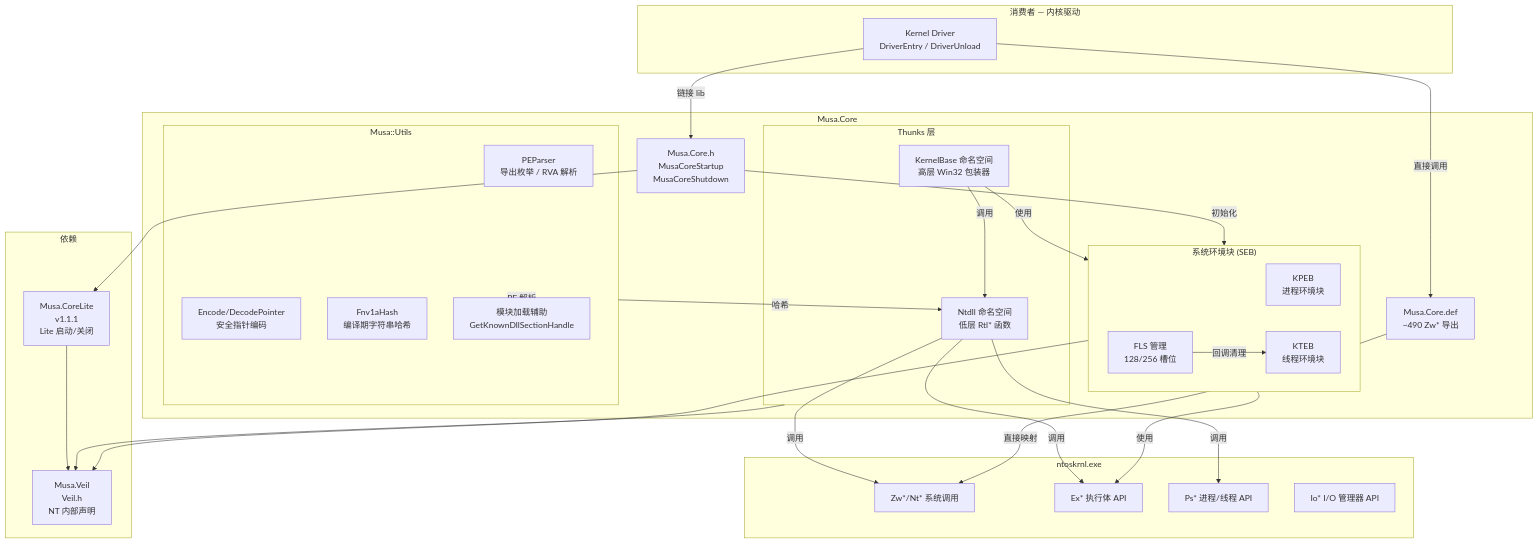
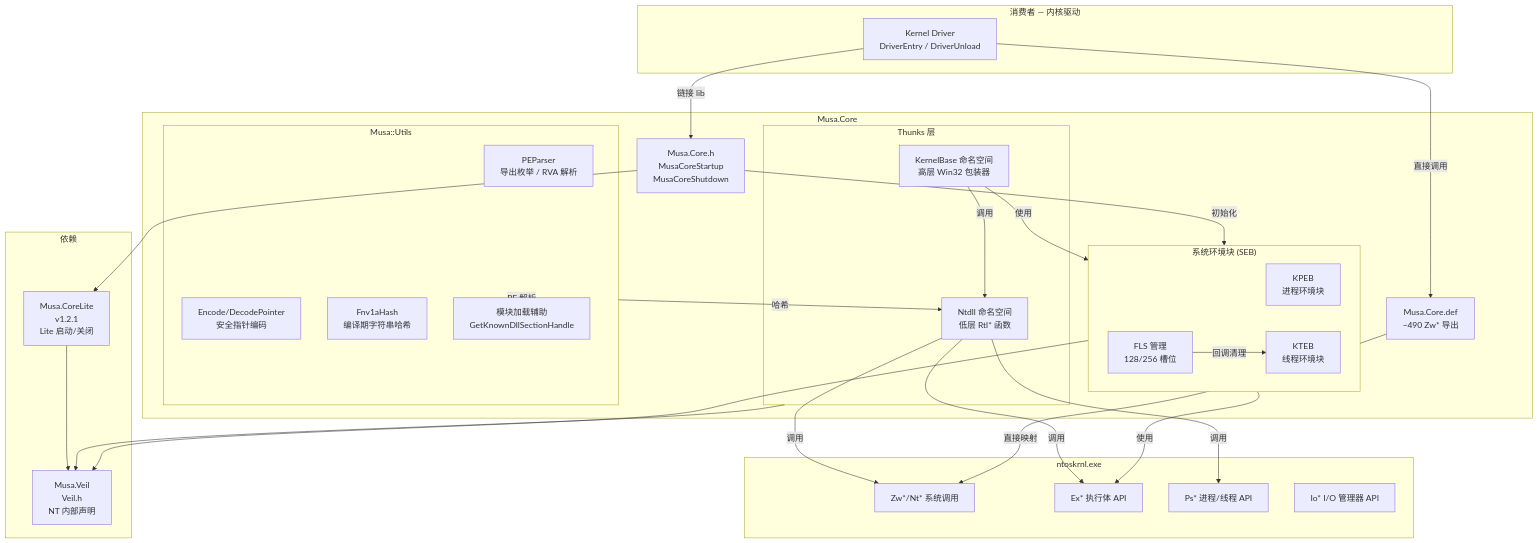
Before and after one commit to MiroKaku/Musa.Core: the first of 5 diagrams in docs/system-architecture.md, drawn with Mermaid. The commit also changed 12 other files, not shown here.

First line of the commit message:
chore: bump Musa.CoreLite 1.1.1 → 1.2.1

````diff
--- a/docs/system-architecture.md
+++ b/docs/system-architecture.md
@@ -5,65 +5,65 @@
 ```mermaid
 graph TB
     subgraph Consumer["消费者 — 内核驱动"]
         Driver["Kernel Driver<br/>DriverEntry / DriverUnload"]
     end
 
     subgraph MusaCore["Musa.Core"]
         PublicAPI["Musa.Core.h<br/>MusaCoreStartup<br/>MusaCoreShutdown"]
 
         subgraph Thunks["Thunks 层"]
             KB["KernelBase 命名空间<br/>高层 Win32 包装器"]
             NT["Ntdll 命名空间<br/>低层 Rtl* 函数"]
         end
 
         subgraph SEB["系统环境块 (SEB)"]
             KPEB["KPEB<br/>进程环境块"]
             KTEB["KTEB<br/>线程环境块"]
             FLS["FLS 管理<br/>128/256 槽位"]
         end
 
         subgraph Utils["Musa::Utils"]
             PE["PEParser<br/>导出枚举 / RVA 解析"]
             Enc["Encode/DecodePointer<br/>安全指针编码"]
             Hash["Fnv1aHash<br/>编译期字符串哈希"]
             Loader["模块加载辅助<br/>GetKnownDllSectionHandle"]
         end
 
         ZwDef["Musa.Core.def<br/>~490 Zw* 导出"]
     end
 
     subgraph Deps["依赖"]
-        CoreLite["Musa.CoreLite<br/>v1.1.1<br/>Lite 启动/关闭"]
+        CoreLite["Musa.CoreLite<br/>v1.2.1<br/>Lite 启动/关闭"]
         Veil["Musa.Veil<br/>Veil.h<br/>NT 内部声明"]
     end
 
     subgraph Kernel["ntoskrnl.exe"]
         NtAPI["Zw*/Nt* 系统调用"]
         ExAPI["Ex* 执行体 API"]
         PsAPI["Ps* 进程/线程 API"]
         IoAPI["Io* I/O 管理器 API"]
     end
 
     Driver -->|链接 lib| PublicAPI
     PublicAPI --> CoreLite
     PublicAPI -->|初始化| SEB
 
     KB -->|调用| NT
     KB -->|使用| SEB
     NT -->|调用| NtAPI
     NT -->|调用| ExAPI
     NT -->|调用| PsAPI
 
     SEB -->|使用| ExAPI
     FLS -->|回调清理| KTEB
 
     ZwDef -->|直接映射| NtAPI
     Driver -->|直接调用| ZwDef
 
     Utils -->|PE 解析| Loader
     Utils -->|哈希| NT
 
     CoreLite --> Veil
     Thunks --> Veil
     SEB --> Veil
 ```
````
